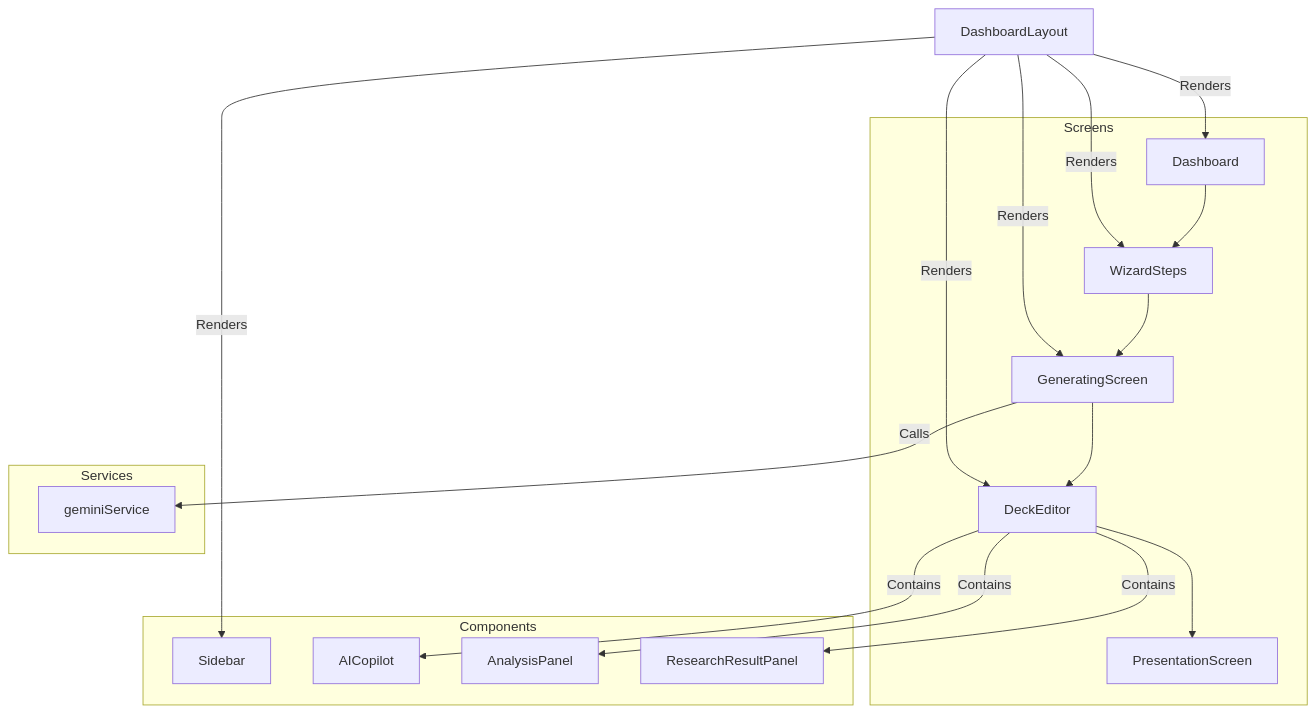
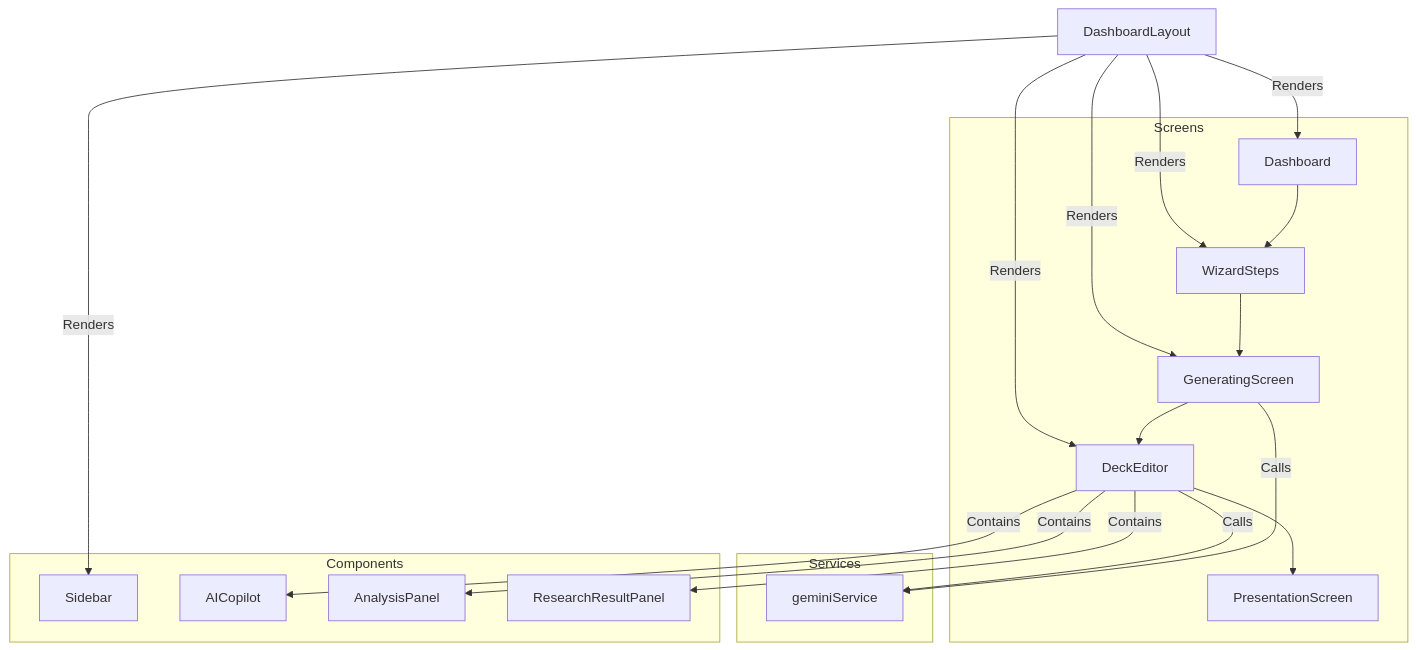
Before and after one commit to amo-tech-ai/sun100: the second of 2 diagrams in docs/02-implementation-plan.md, drawn with Mermaid. The commit also changed other lines of this file and 6 other files, not shown here.

````diff
--- a/docs/02-implementation-plan.md
+++ b/docs/02-implementation-plan.md
@@ -96,32 +89,33 @@
 ```mermaid
 graph TD
     subgraph Screens
         Dashboard --> WizardSteps;
         WizardSteps --> GeneratingScreen;
         GeneratingScreen --> DeckEditor;
         DeckEditor --> PresentationScreen;
     end
 
     subgraph Services
         geminiService;
     end
 
     subgraph Components
         Sidebar;
         AICopilot;
         AnalysisPanel;
         ResearchResultPanel;
     end
 
     DashboardLayout -- Renders --> Sidebar;
     DashboardLayout -- Renders --> Dashboard;
     DashboardLayout -- Renders --> WizardSteps;
     DashboardLayout -- Renders --> GeneratingScreen;
     DashboardLayout -- Renders --> DeckEditor;
 
 
     GeneratingScreen -- Calls --> geminiService;
+    DeckEditor -- Calls --> geminiService;
     DeckEditor -- Contains --> AICopilot;
     DeckEditor -- Contains --> AnalysisPanel;
     DeckEditor -- Contains --> ResearchResultPanel;
 ```
````
